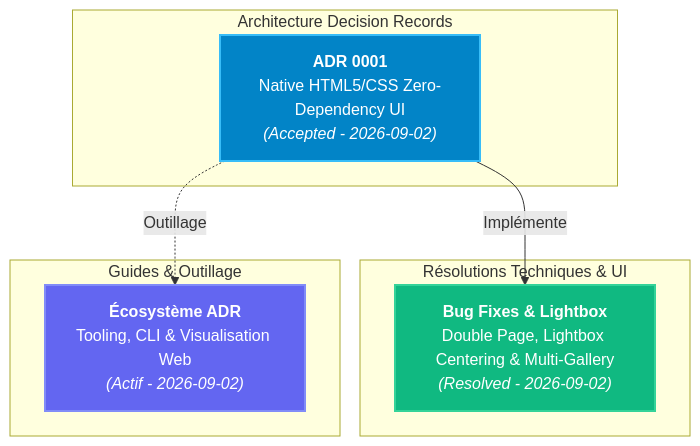
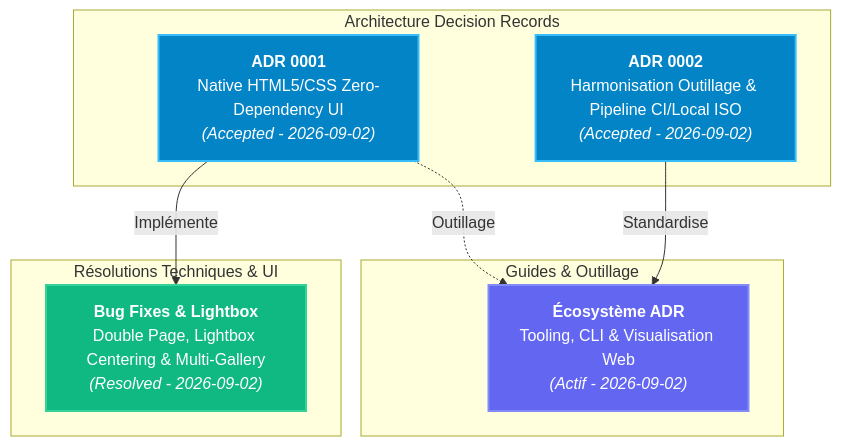
The diagram in docs/README.md (yoyonel/CV_resume), drawn with Mermaid before and after one commit. The commit also changed other lines of this file and 2 other files, not shown here.

Commit message:
docs(adr): record ADR 0002 for tooling and CI/local ISO pipeline harmonization
- Add ADR 0002 documenting Single Source of Truth architecture and CI/local isomorphism
- Update docs/README.md registry and Mermaid architecture diagram

````diff
--- a/docs/README.md
+++ b/docs/README.md
@@ -11,25 +11,28 @@
 ```mermaid
 graph TD
     subgraph ADR ["Architecture Decision Records"]
         ADR0001["<b>ADR 0001</b><br>Native HTML5/CSS Zero-Dependency UI<br><i>(Accepted - 2026-09-02)</i>"]
+        ADR0002["<b>ADR 0002</b><br>Harmonisation Outillage & Pipeline CI/Local ISO<br><i>(Accepted - 2026-09-02)</i>"]
     end
 
     subgraph Fixes ["Résolutions Techniques & UI"]
         FIX01["<b>Bug Fixes & Lightbox</b><br>Double Page, Lightbox Centering & Multi-Gallery<br><i>(Resolved - 2026-09-02)</i>"]
     end
 
     subgraph Guides ["Guides & Outillage"]
         GUIDE01["<b>Écosystème ADR</b><br>Tooling, CLI & Visualisation Web<br><i>(Actif - 2026-09-02)</i>"]
     end
 
     ADR0001 -->|Implémente| FIX01
     ADR0001 -.->|Outillage| GUIDE01
+    ADR0002 -->|Standardise| GUIDE01
 
     classDef accepted fill:#0284c7,stroke:#38bdf8,stroke-width:2px,color:#ffffff;
     classDef fix fill:#10b981,stroke:#34d399,stroke-width:2px,color:#ffffff;
     classDef guide fill:#6366f1,stroke:#818cf8,stroke-width:2px,color:#ffffff;
 
     class ADR0001 accepted;
+    class ADR0002 accepted;
     class FIX01 fix;
     class GUIDE01 guide;
 ```
````
